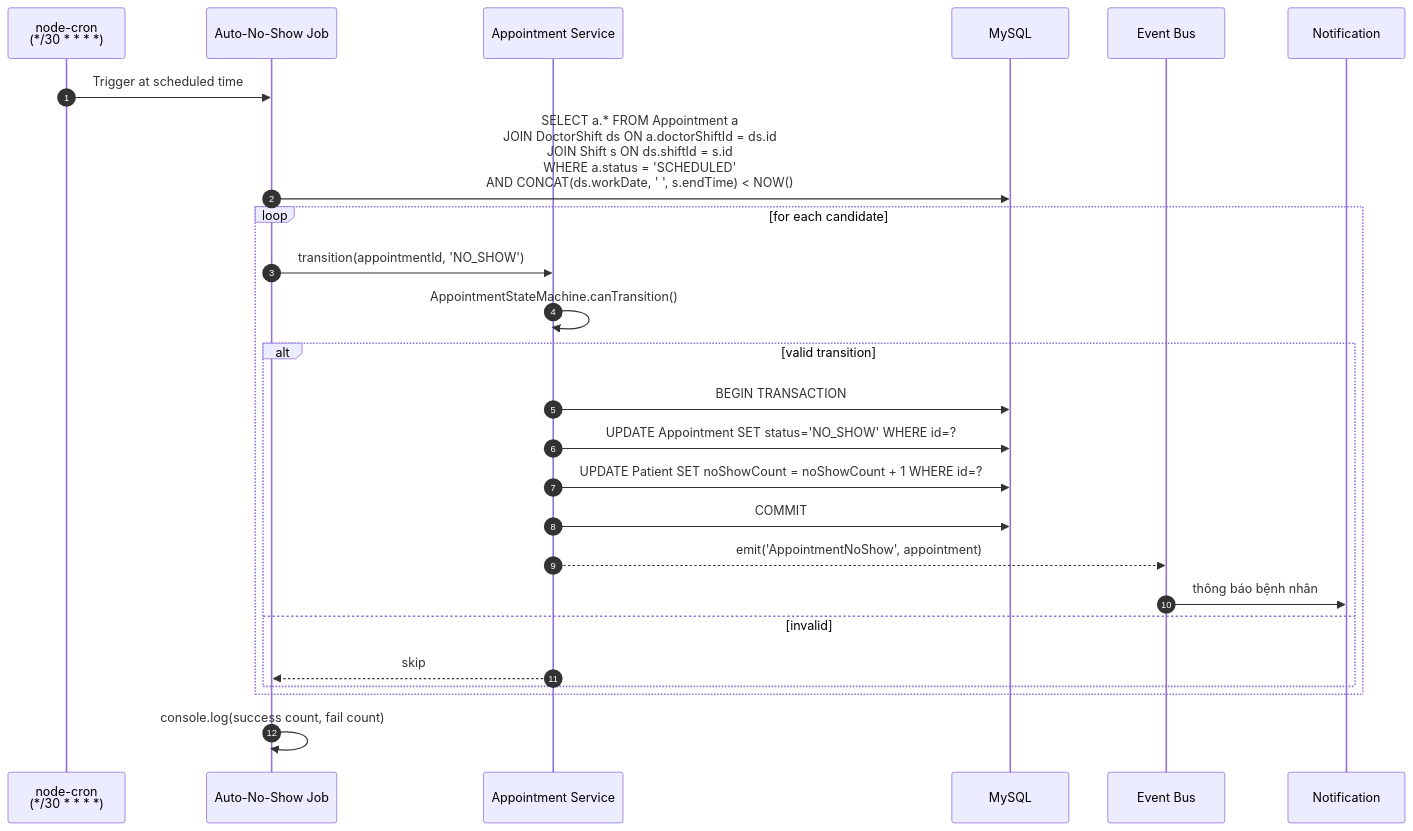
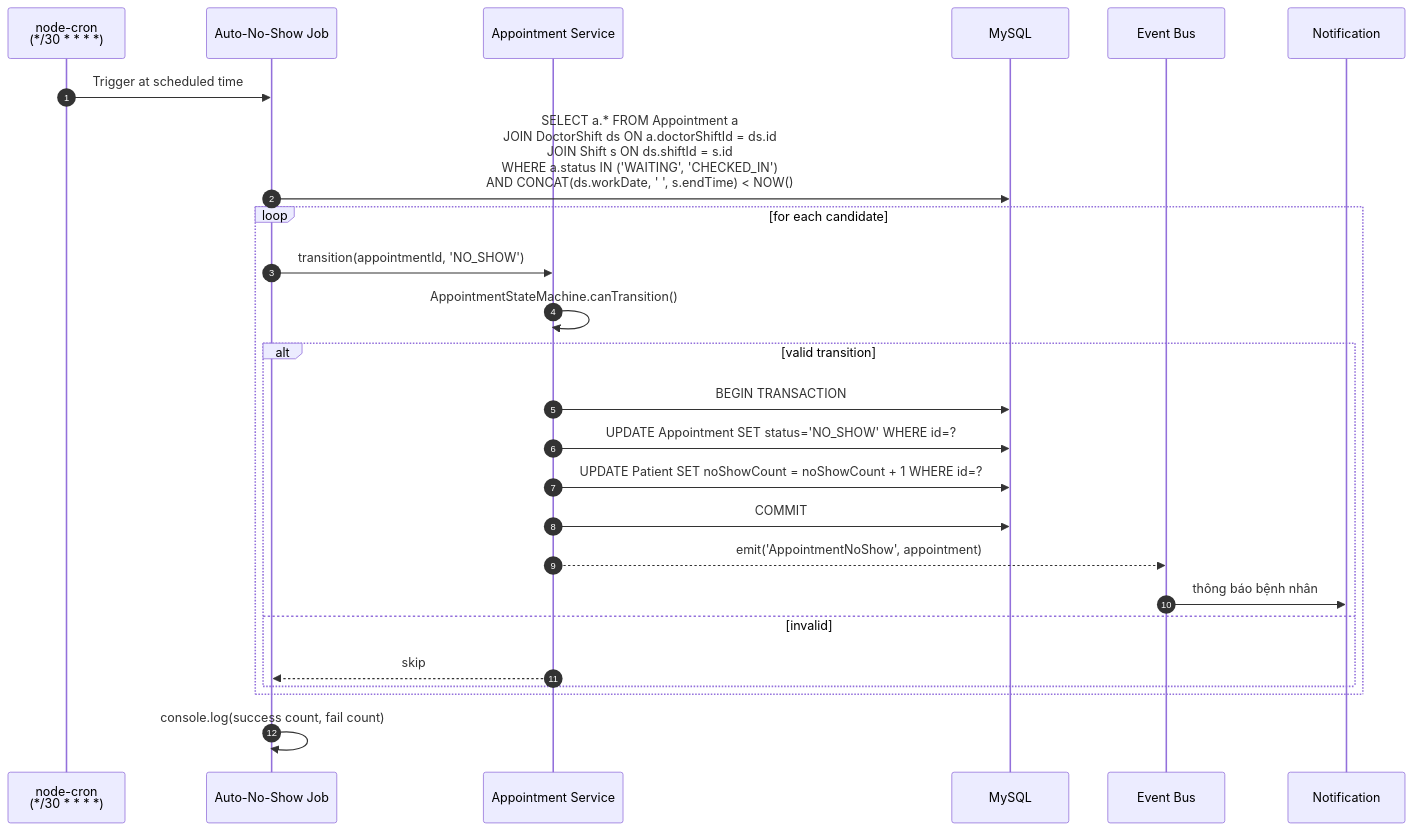
Before and after one commit to MinhThienNguyen040905/SE356---He-thong-phong-kham: the sixth of 8 diagrams in Docs/SAD.md, drawn with Mermaid. The commit also changed other lines of this file, not shown here.

Commit message:
feat: add Known Limitations and Future Work section to address scalability issues and improvement plans

````diff
--- a/Docs/SAD.md
+++ b/Docs/SAD.md
@@ -789,30 +798,30 @@
 ```mermaid
 sequenceDiagram
     autonumber
     participant CRON as node-cron<br/>(*/30 * * * *)
     participant JOB as Auto-No-Show Job
     participant SVC as Appointment Service
     participant DB as MySQL
     participant EVT as Event Bus
     participant NOT as Notification
 
     CRON->>JOB: Trigger at scheduled time
-    JOB->>DB: SELECT a.* FROM Appointment a<br/>JOIN DoctorShift ds ON a.doctorShiftId = ds.id<br/>JOIN Shift s ON ds.shiftId = s.id<br/>WHERE a.status = 'SCHEDULED'<br/>AND CONCAT(ds.workDate, ' ', s.endTime) < NOW()
+    JOB->>DB: SELECT a.* FROM Appointment a<br/>JOIN DoctorShift ds ON a.doctorShiftId = ds.id<br/>JOIN Shift s ON ds.shiftId = s.id<br/>WHERE a.status IN ('WAITING', 'CHECKED_IN')<br/>AND CONCAT(ds.workDate, ' ', s.endTime) < NOW()
 
     loop for each candidate
         JOB->>SVC: transition(appointmentId, 'NO_SHOW')
         SVC->>SVC: AppointmentStateMachine.canTransition()
         alt valid transition
             SVC->>DB: BEGIN TRANSACTION
             SVC->>DB: UPDATE Appointment SET status='NO_SHOW' WHERE id=?
             SVC->>DB: UPDATE Patient SET noShowCount = noShowCount + 1 WHERE id=?
             SVC->>DB: COMMIT
             SVC-->>EVT: emit('AppointmentNoShow', appointment)
             EVT->>NOT: thông báo bệnh nhân
         else invalid
             SVC-->>JOB: skip
         end
     end
 
     JOB->>JOB: console.log(success count, fail count)
 ```
````
